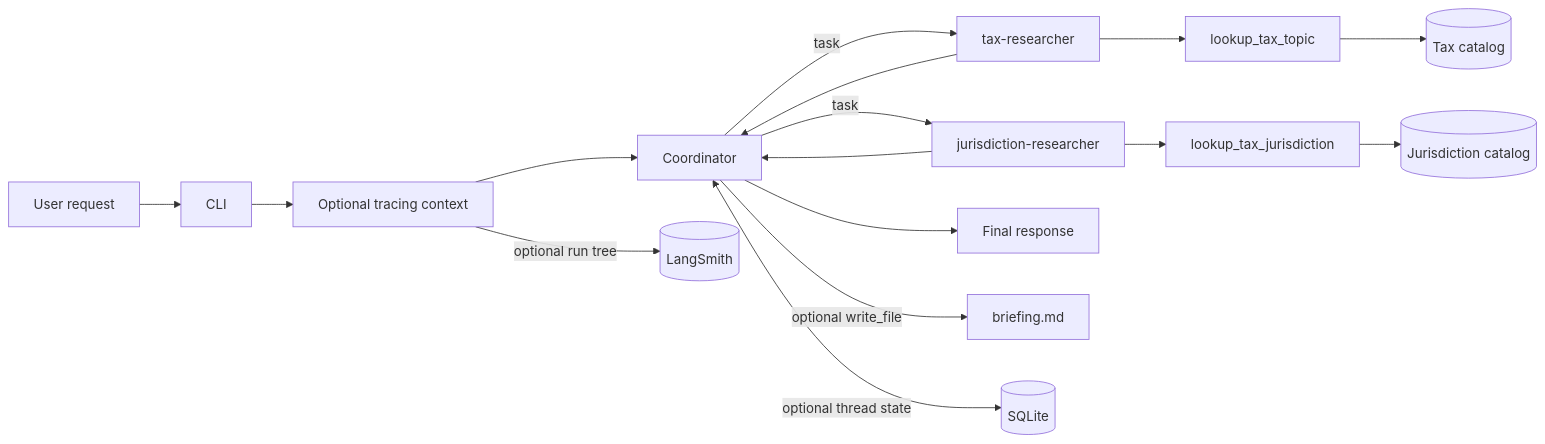
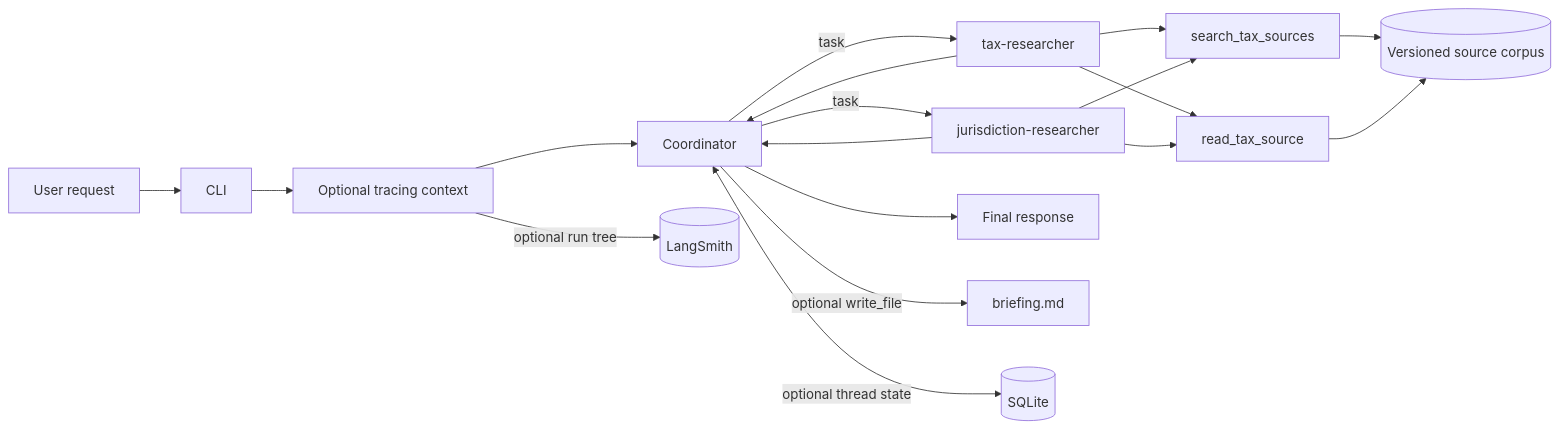
Before and after one commit to junwenwu/deep-agent-learning: the diagram in docs/README.md, drawn with Mermaid. The commit also changed other lines of this file and 9 other files, not shown here.

````diff
--- a/docs/README.md
+++ b/docs/README.md
@@ -39,18 +41,20 @@
 ```mermaid
 flowchart LR
     User[User request] --> CLI[CLI]
     CLI --> Trace[Optional tracing context]
     Trace --> Coordinator[Coordinator]
     Coordinator -->|task| Tax[tax-researcher]
     Coordinator -->|task| Scope[jurisdiction-researcher]
-    Tax --> TaxTool[lookup_tax_topic]
-    Scope --> ScopeTool[lookup_tax_jurisdiction]
-    TaxTool --> TaxCatalog[(Tax catalog)]
-    ScopeTool --> ScopeCatalog[(Jurisdiction catalog)]
+    Tax --> Search[search_tax_sources]
+    Scope --> Search
+    Search --> Corpus[(Versioned source corpus)]
+    Tax --> Read[read_tax_source]
+    Scope --> Read
+    Read --> Corpus
     Tax --> Coordinator
     Scope --> Coordinator
     Coordinator --> Answer[Final response]
     Coordinator -->|optional write_file| Artifact[briefing.md]
     Coordinator <-->|optional thread state| SQLite[(SQLite)]
     Trace -->|optional run tree| LangSmith[(LangSmith)]
 ```
````
